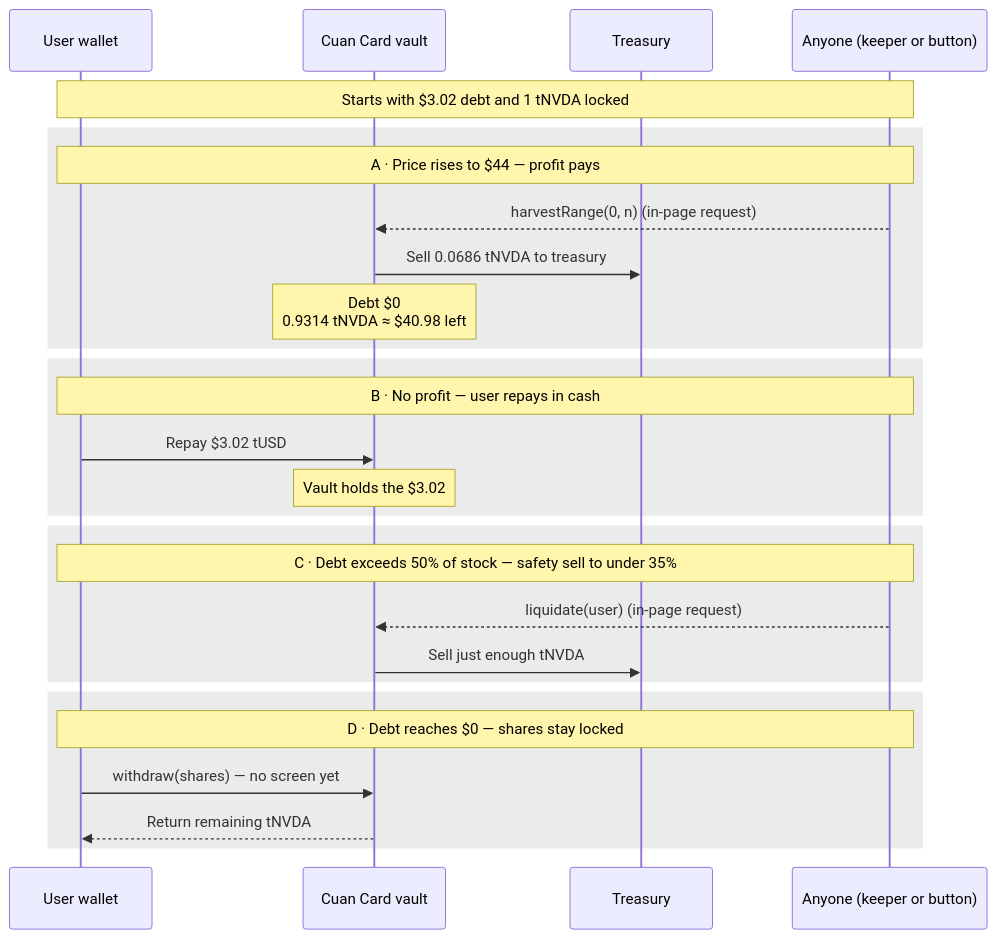
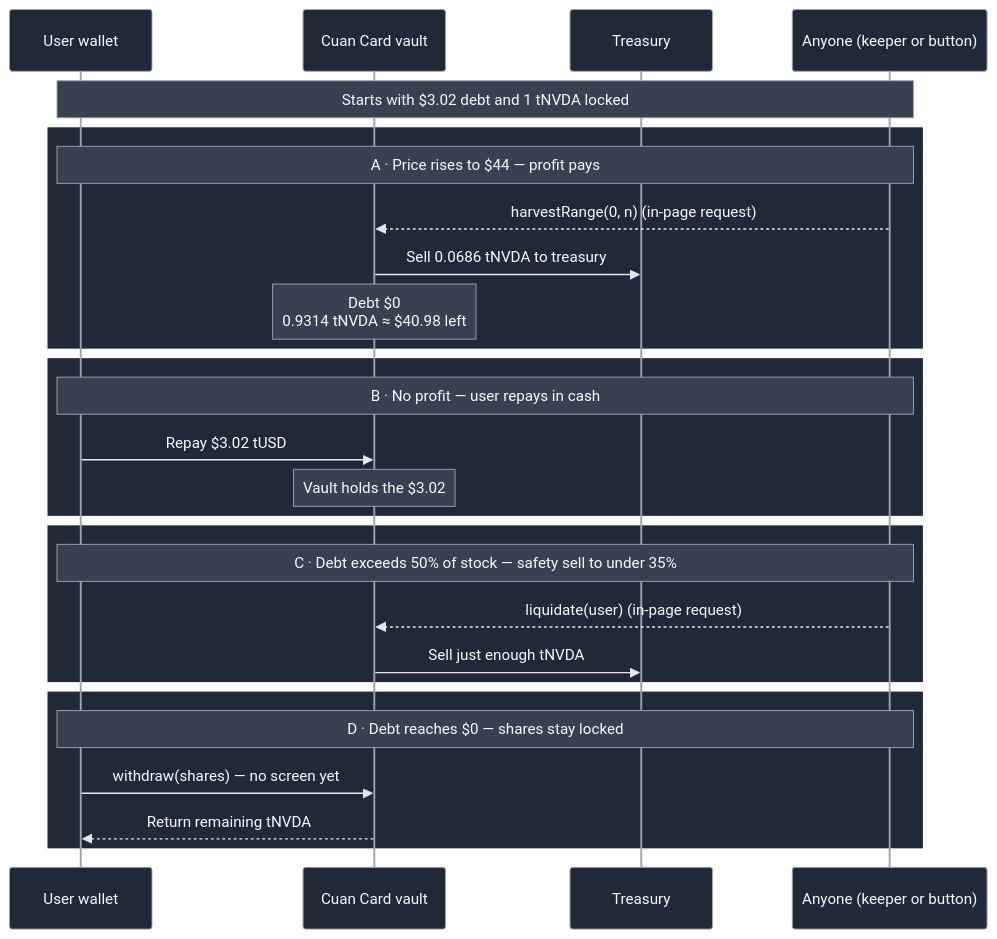
The second of 2 diagrams in README.md (CuanLater/CuanLater), drawn with Mermaid before and after one commit. The commit also changed other lines of this file, not shown here.

````diff
--- a/README.md
+++ b/README.md
@@ -47,34 +50,35 @@
 ```mermaid
+%%{init: {'theme': 'base', 'themeVariables': {'background': '#0d1117', 'primaryColor': '#1f2937', 'primaryTextColor': '#f9fafb', 'primaryBorderColor': '#9ca3af', 'lineColor': '#cbd5e1', 'secondaryColor': '#374151', 'tertiaryColor': '#111827', 'mainBkg': '#1f2937', 'textColor': '#f9fafb', 'actorBkg': '#1f2937', 'actorTextColor': '#f9fafb', 'actorBorder': '#9ca3af', 'actorLineColor': '#9ca3af', 'signalColor': '#e5e7eb', 'signalTextColor': '#f9fafb', 'labelBoxBkgColor': '#1f2937', 'labelBoxBorderColor': '#9ca3af', 'labelTextColor': '#f9fafb', 'loopTextColor': '#f9fafb', 'noteBkgColor': '#374151', 'noteTextColor': '#f9fafb', 'noteBorderColor': '#9ca3af'}}}%%
 sequenceDiagram
     participant U as User wallet
     participant V as Cuan Card vault
     participant T as Treasury
     participant A as Anyone (keeper or button)
 
     Note over U,A: Starts with $3.02 debt and 1 tNVDA locked
 
-    rect rgb(235, 235, 235)
+    rect rgb(31, 41, 55)
         Note over U,A: A · Price rises to $44 — profit pays
         A-->>V: harvestRange(0, n) (in-page request)
         V->>T: Sell 0.0686 tNVDA to treasury
         Note over V: Debt $0<br/>0.9314 tNVDA ≈ $40.98 left
     end
 
-    rect rgb(235, 235, 235)
+    rect rgb(31, 41, 55)
         Note over U,A: B · No profit — user repays in cash
         U->>V: Repay $3.02 tUSD
         Note over V: Vault holds the $3.02
     end
 
-    rect rgb(235, 235, 235)
+    rect rgb(31, 41, 55)
         Note over U,A: C · Debt exceeds 50% of stock — safety sell to under 35%
         A-->>V: liquidate(user) (in-page request)
         V->>T: Sell just enough tNVDA
     end
 
-    rect rgb(235, 235, 235)
+    rect rgb(31, 41, 55)
         Note over U,A: D · Debt reaches $0 — shares stay locked
         U->>V: withdraw(shares) — no screen yet
         V-->>U: Return remaining tNVDA
     end
 ```
````
